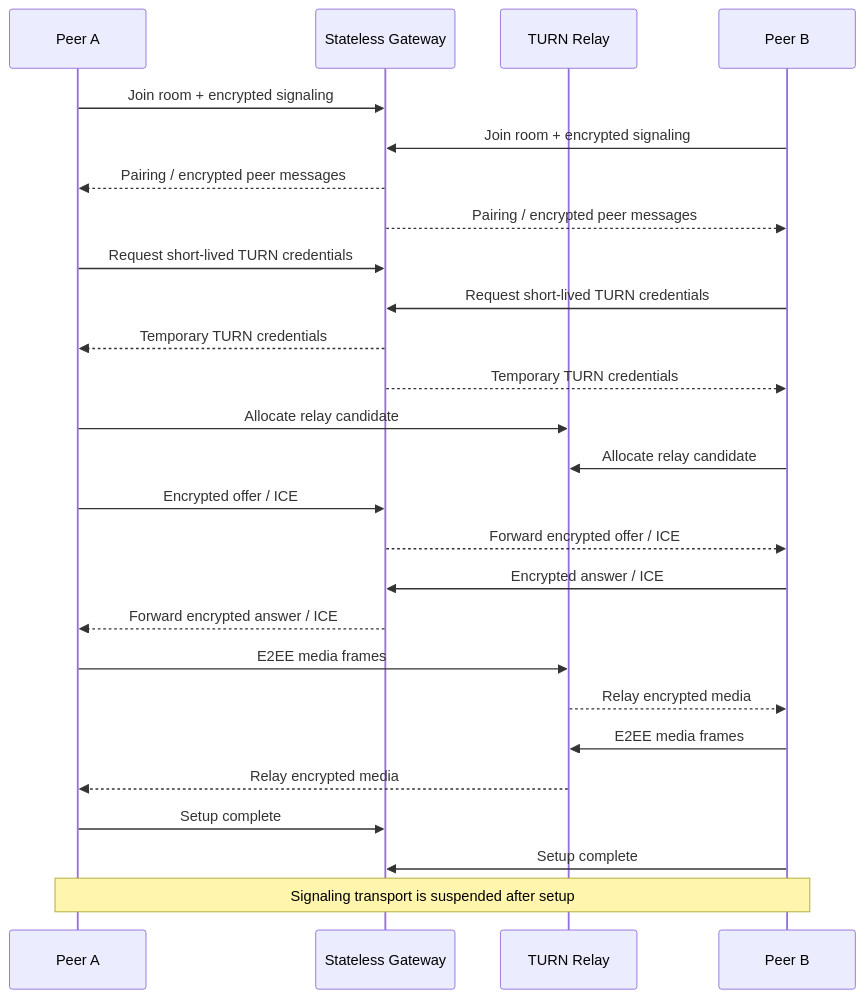
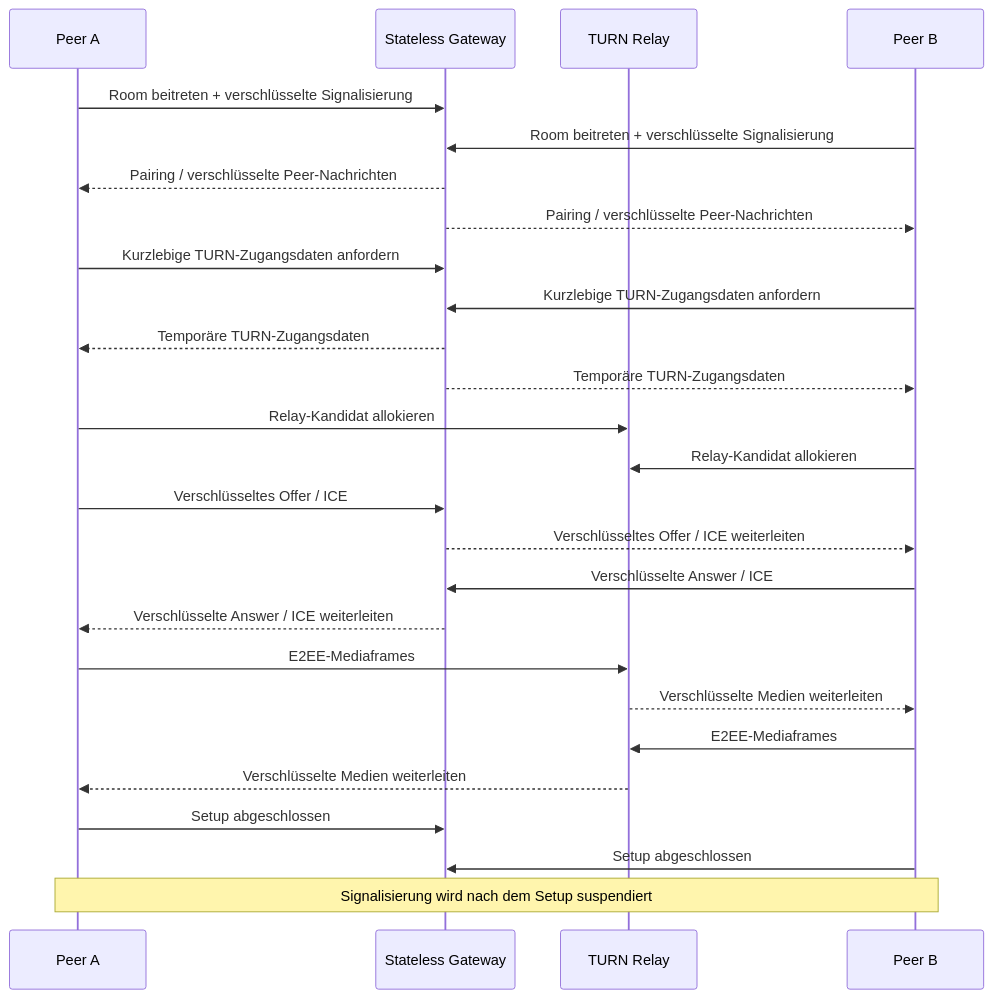
One commit to tahakubilay/LiveHide changed the diagram in README.de.md. Above: the diagram before and after it, drawn with Mermaid. The commit also changed other lines of this file, not shown here.

````diff
--- a/README.de.md
+++ b/README.de.md
@@ -69,34 +65,34 @@
 ```mermaid
 sequenceDiagram
     participant A as Peer A
     participant G as Stateless Gateway
     participant T as TURN Relay
     participant B as Peer B
 
-    A->>G: Join room + encrypted signaling
-    B->>G: Join room + encrypted signaling
-    G-->>A: Pairing / encrypted peer messages
-    G-->>B: Pairing / encrypted peer messages
+    A->>G: Room beitreten + verschlüsselte Signalisierung
+    B->>G: Room beitreten + verschlüsselte Signalisierung
+    G-->>A: Pairing / verschlüsselte Peer-Nachrichten
+    G-->>B: Pairing / verschlüsselte Peer-Nachrichten
 
-    A->>G: Request short-lived TURN credentials
-    B->>G: Request short-lived TURN credentials
-    G-->>A: Temporary TURN credentials
-    G-->>B: Temporary TURN credentials
+    A->>G: Kurzlebige TURN-Zugangsdaten anfordern
+    B->>G: Kurzlebige TURN-Zugangsdaten anfordern
+    G-->>A: Temporäre TURN-Zugangsdaten
+    G-->>B: Temporäre TURN-Zugangsdaten
 
-    A->>T: Allocate relay candidate
-    B->>T: Allocate relay candidate
+    A->>T: Relay-Kandidat allokieren
+    B->>T: Relay-Kandidat allokieren
 
-    A->>G: Encrypted offer / ICE
-    G-->>B: Forward encrypted offer / ICE
-    B->>G: Encrypted answer / ICE
-    G-->>A: Forward encrypted answer / ICE
+    A->>G: Verschlüsseltes Offer / ICE
+    G-->>B: Verschlüsseltes Offer / ICE weiterleiten
+    B->>G: Verschlüsselte Answer / ICE
+    G-->>A: Verschlüsselte Answer / ICE weiterleiten
 
-    A->>T: E2EE media frames
-    T-->>B: Relay encrypted media
-    B->>T: E2EE media frames
-    T-->>A: Relay encrypted media
+    A->>T: E2EE-Mediaframes
+    T-->>B: Verschlüsselte Medien weiterleiten
+    B->>T: E2EE-Mediaframes
+    T-->>A: Verschlüsselte Medien weiterleiten
 
-    A->>G: Setup complete
-    B->>G: Setup complete
-    Note over A,B: Signaling transport is suspended after setup
+    A->>G: Setup abgeschlossen
+    B->>G: Setup abgeschlossen
+    Note over A,B: Signalisierung wird nach dem Setup suspendiert
 ```
````
